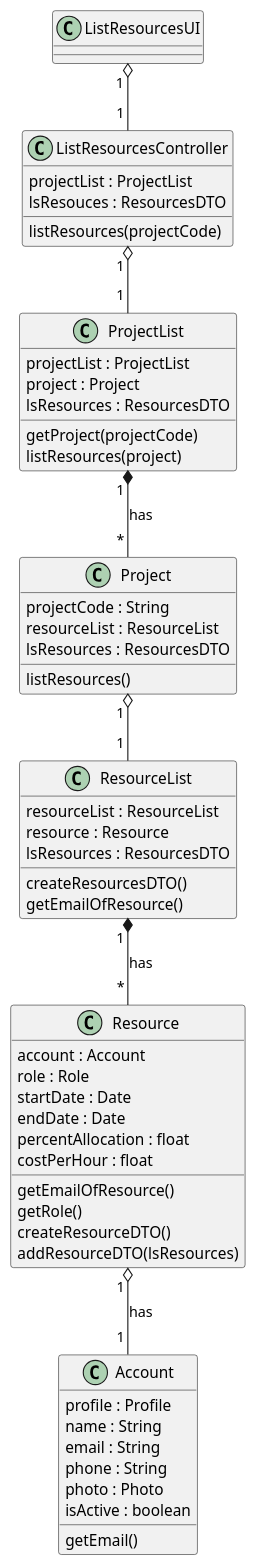
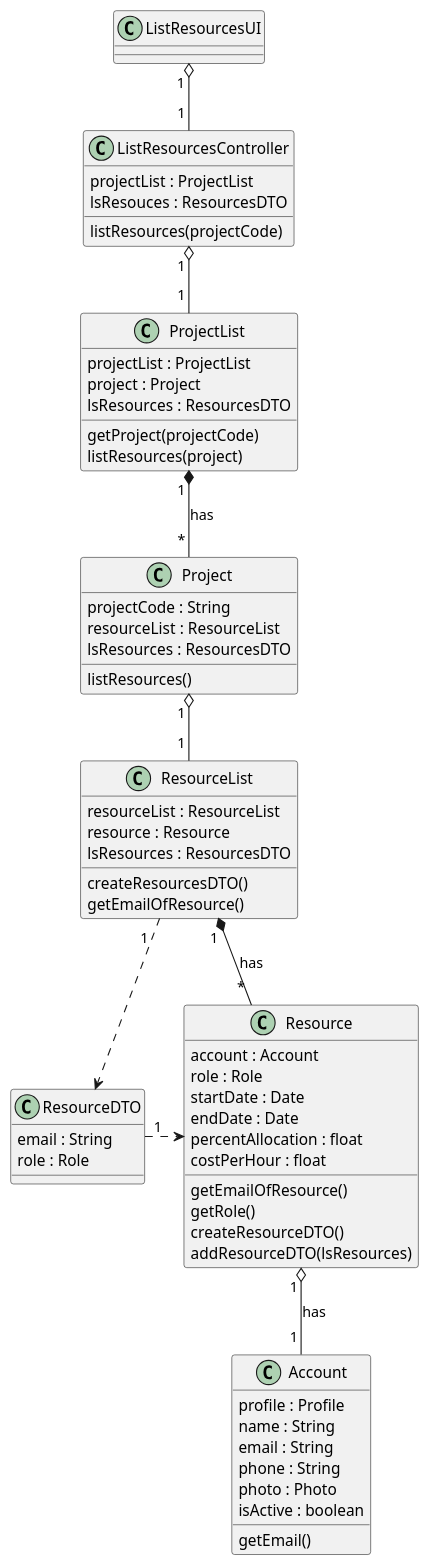
The diagram in docs/modelling_design/user_stories/us014/US014_ListHumanResourcesOfProjectCD.puml (ivo-menezes/project_g3), drawn with PlantUML before and after one commit.

Commit message:
US0014: Design: added ResourceDTO to CD

```diff
--- a/docs/modelling_design/user_stories/us014/US014_ListHumanResourcesOfProjectCD.puml
+++ b/docs/modelling_design/user_stories/us014/US014_ListHumanResourcesOfProjectCD.puml
@@ -1,66 +1,73 @@
 @startuml
 
 class ListResourcesUI {
 }
 
 class ListResourcesController{
 projectList : ProjectList
 lsResouces : ResourcesDTO
 listResources(projectCode)
 }
 
 class ProjectList{
 projectList : ProjectList
 project : Project
 lsResources : ResourcesDTO
 getProject(projectCode)
 listResources(project)
 }
 'In class Project, all attributes not relevant for US014
 'are omitted
 class Project {
 projectCode : String
 resourceList : ResourceList
 lsResources : ResourcesDTO
 listResources()
 }
 
 class ResourceList{
 resourceList : ResourceList
 resource : Resource
 lsResources : ResourcesDTO
 createResourcesDTO()
 getEmailOfResource()
 }
 
+class ResourceDTO {
+email : String
+role : Role
+}
+
 class Resource {
 account : Account
 role : Role
 startDate : Date
 endDate : Date
 percentAllocation : float
 costPerHour : float
 getEmailOfResource()
 getRole()
 createResourceDTO()
 addResourceDTO(lsResources)
 }
 
 class Account {
 profile : Profile
 name : String
 email : String
 phone : String
 photo : Photo
 isActive : boolean
 getEmail()
 }
 
 ListResourcesUI "1 " o-- "1 " ListResourcesController
 ListResourcesController "1 " o-- "1 " ProjectList
 ProjectList "1 " *-- " * " Project : has
 Project "1 " o-- "1 " ResourceList
+ResourceList "1  " ..> ResourceDTO
+ResourceDTO "1" .right.> Resource
 ResourceList "1 " *-- " * " Resource : has
 Resource "1 " o-- "1 " Account : has
 
 @enduml
```
